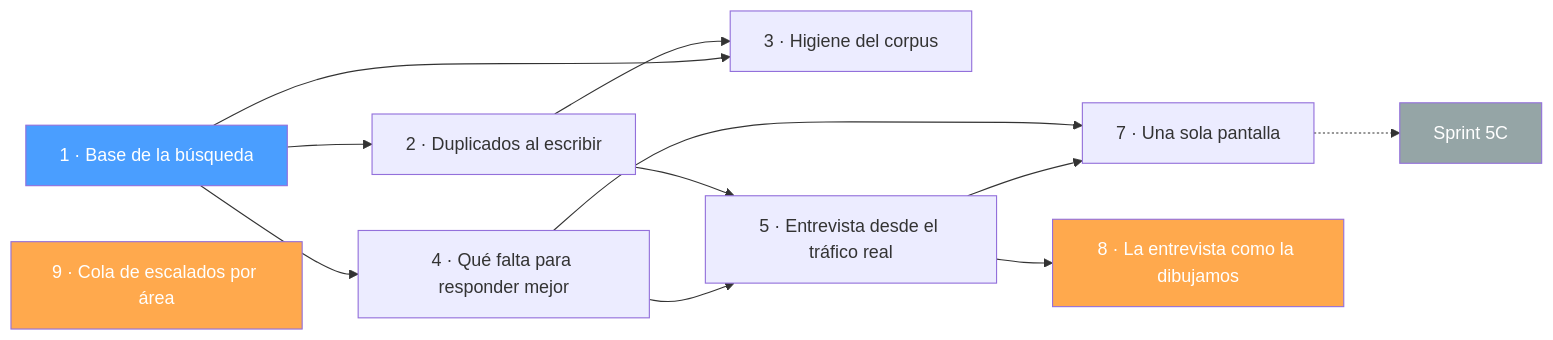
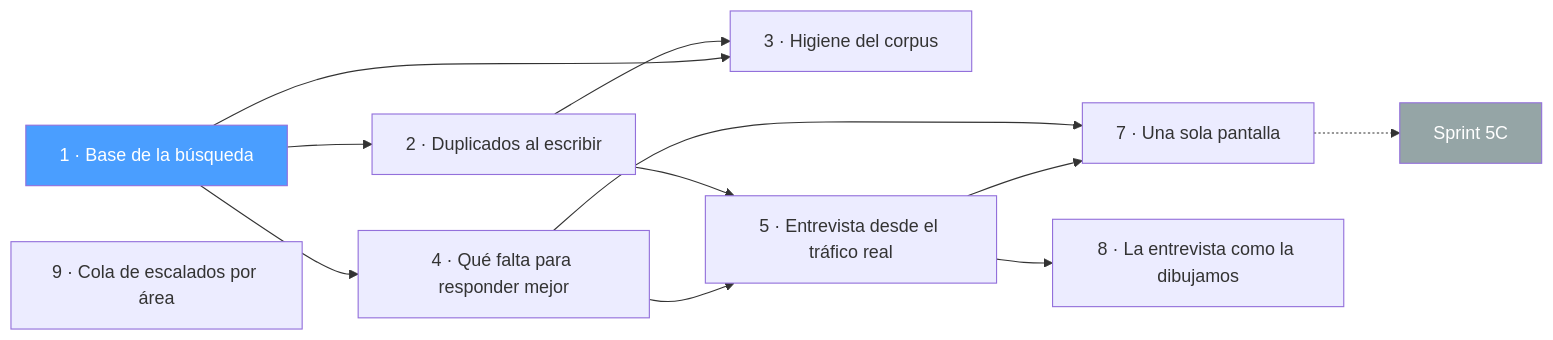
One commit to mauroarmas/TrimIA-Backend changed the diagram in sprints/5B-conocimiento-confiable/README.md. Above: the diagram before and after it, drawn with Mermaid. The commit also changed other lines of this file and 5 other files, not shown here.

````diff
--- a/sprints/5B-conocimiento-confiable/README.md
+++ b/sprints/5B-conocimiento-confiable/README.md
@@ -29,18 +29,16 @@
 ```mermaid
 graph LR
     P1["1 · Base de la búsqueda"] --> P2["2 · Duplicados al escribir"]
     P1 --> P4["4 · Qué falta para responder mejor"]
     P2 --> P3["3 · Higiene del corpus"]
     P1 --> P3
     P2 --> P5["5 · Entrevista desde el tráfico real"]
     P4 --> P5
     P4 --> P7["7 · Una sola pantalla"]
     P5 --> P7
     P5 --> P8["8 · La entrevista como la dibujamos"]
     P7 -.-> S5C["Sprint 5C"]
     P9["9 · Cola de escalados por área"]
     style P1 fill:#4a9eff,color:white
-    style P8 fill:#ffa94d,color:white
-    style P9 fill:#ffa94d,color:white
     style S5C fill:#95a5a6,color:white
 ```
````
